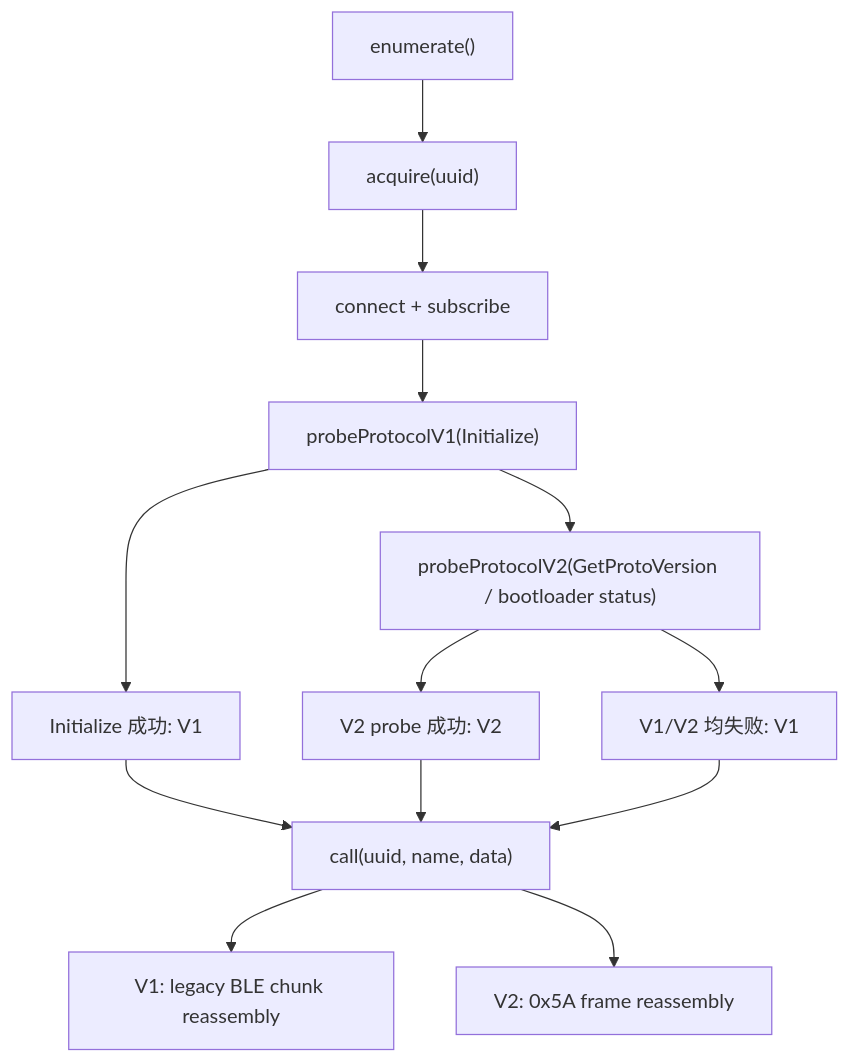
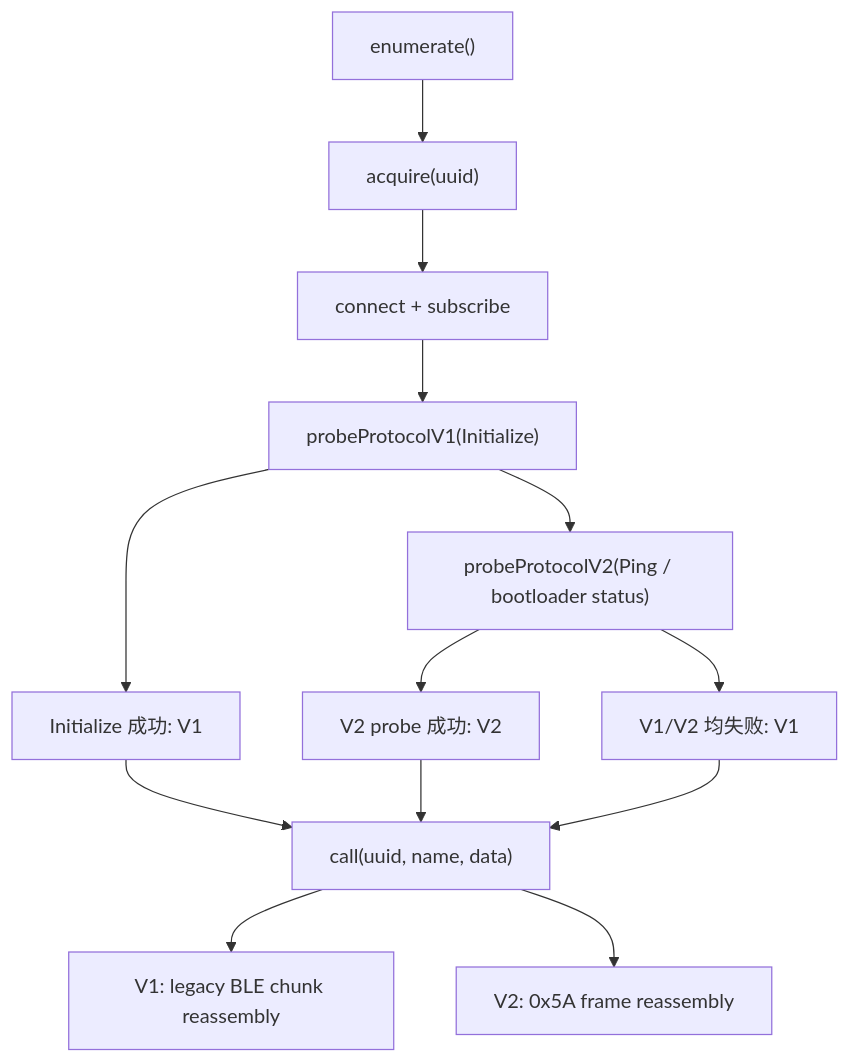
The second of 5 diagrams in docs/transport.md (OneKeyHQ/hardware-js-sdk), drawn with Mermaid before and after one commit. The commit also changed other lines of this file and 64 other files, not shown here.

First line of the commit message:
refactor: protocol-v2 session/probe refinements and api annotations

````diff
--- a/docs/transport.md
+++ b/docs/transport.md
@@ -56,22 +56,22 @@
 ```mermaid
 flowchart TD
   Enumerate["enumerate()"]
   Acquire["acquire(uuid)"]
   Connect["connect + subscribe"]
   ProbeV1["probeProtocolV1(Initialize)"]
   V1["Initialize 成功: V1"]
-  ProbeV2["probeProtocolV2(GetProtoVersion / bootloader status)"]
+  ProbeV2["probeProtocolV2(Ping / bootloader status)"]
   V2["V2 probe 成功: V2"]
   FallbackV1["V1/V2 均失败: V1"]
   Call["call(uuid, name, data)"]
   CallV1["V1: legacy BLE chunk reassembly"]
   CallV2["V2: 0x5A frame reassembly"]
 
   Enumerate --> Acquire --> Connect --> ProbeV1
   ProbeV1 --> V1 --> Call
   ProbeV1 --> ProbeV2
   ProbeV2 --> V2 --> Call
   ProbeV2 --> FallbackV1 --> Call
   Call --> CallV1
   Call --> CallV2
 ```
````
